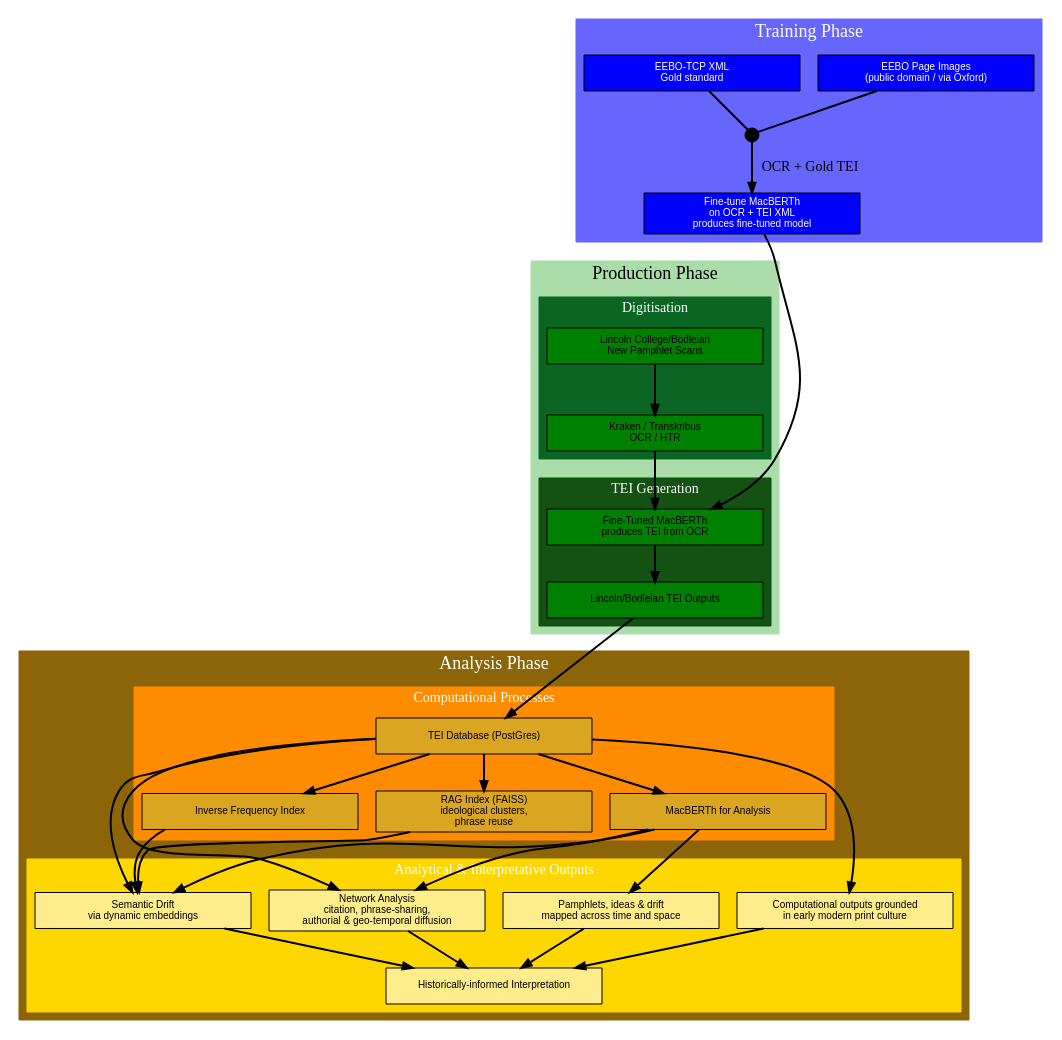
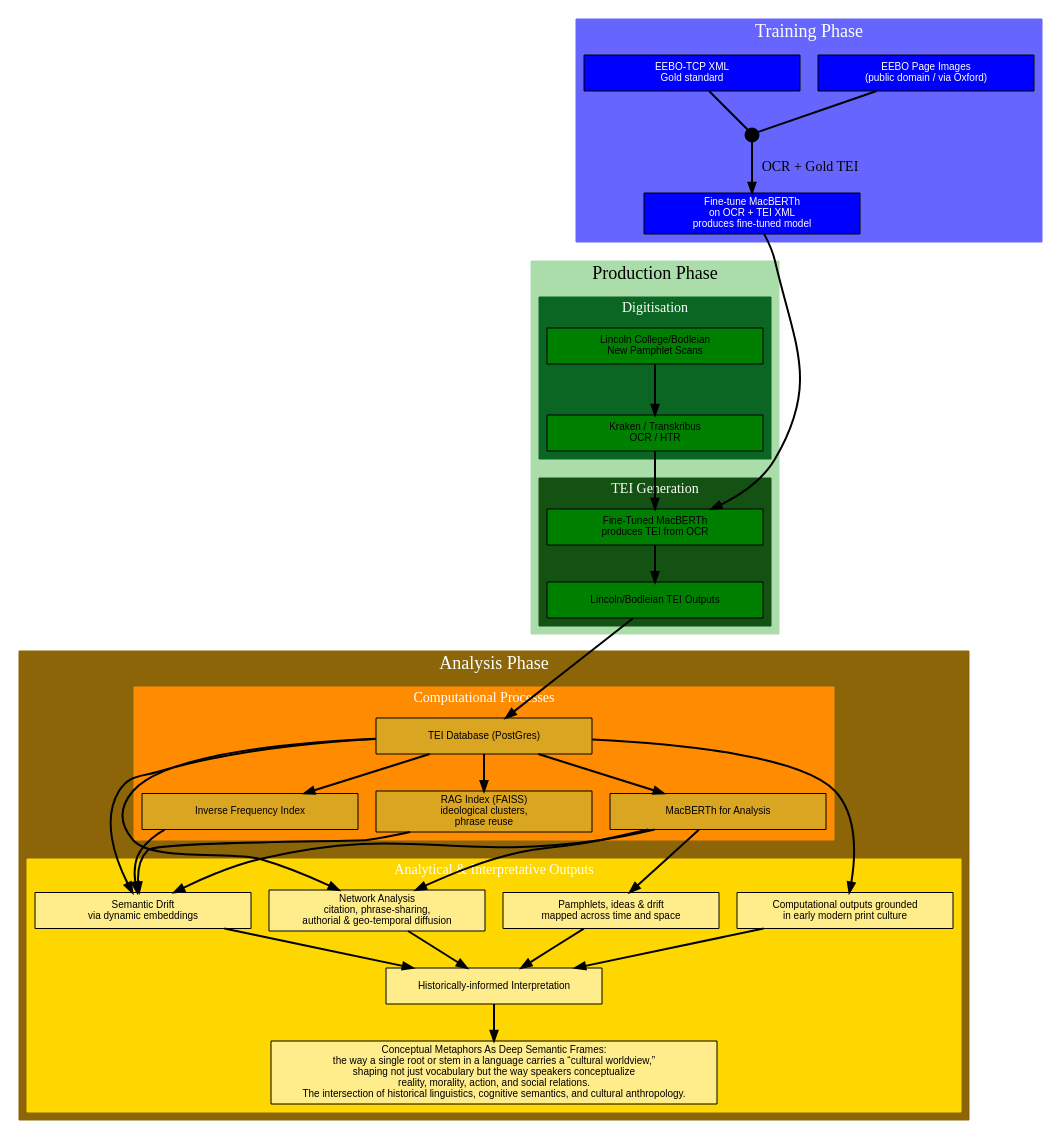
One commit to leegee/mutatis-mutandis changed the diagram in docs/graph.dot. Above: the diagram before and after it, drawn with Graphviz. The commit also changed 3 other files, not shown here.

```diff
--- a/docs/graph.dot
+++ b/docs/graph.dot
@@ -1,145 +1,147 @@
 digraph pamphlet_pipeline {
     rankdir=TB;  // top-to-bottom layout
     node [shape=box, style=rounded, fontname="Helvetica", width=3, fixedsize=false, fontsize=10, labelloc=c, align=center];
 
     // ========================
     // Training phase cluster
     // ========================
     subgraph cluster_training {
         label="Training Phase";
         fontsize=18;
         style=filled;
         color="#6666FF";
         fontcolor=white;
         node [style=filled, fillcolor=blue, fontcolor=white, width=3, fixedsize=false, fontsize=10, labelloc=c, align=center];
 
         EEBO_images [label="EEBO Page Images\n(public domain / via Oxford)"];
         EEBO_TEI_XML [label="EEBO-TCP XML\nGold standard"];
         MacBERTh_training [label="Fine-tune MacBERTh\non OCR + TEI XML\nproduces fine-tuned model"];
 
         // Merge node
         merge_training [label="", shape=circle, width=0.2, fixedsize=true, style=filled, fillcolor=black];
     }
 
     // ========================
     // Production phase cluster
     // ========================
     subgraph cluster_production {
         label="Production Phase";
         fontsize=18;
         style=filled;
         color="#AADDAA";
         fontcolor=black;
 
         // --- Subgraph: Digitisation ---
         subgraph cluster_digitisation {
             label="Digitisation";
             fontsize=14;
             fontcolor=white;
             style=filled;
             color="#0b6623";
             node [style=filled, fillcolor=green, fontcolor=black];
 
             Lincoln_scans [label="Lincoln College/Bodleian\nNew Pamphlet Scans"];
             OCR_tool [label="Kraken / Transkribus\nOCR / HTR"];
         }
 
         // --- Subgraph: TEI Generation ---
         subgraph cluster_tei_generation {
             label="TEI Generation";
             fontsize=14;
             fontcolor=white;
             style=filled;
             color="#145214";
             node [style=filled, fillcolor=green, fontcolor=black];
 
             MacBERTh_TEI [label="Fine-Tuned MacBERTh\nproduces TEI from OCR"];
             Lincoln_TEI [label="Lincoln/Bodleian TEI Outputs"];
         }
     }
 
     // ========================
     // Analysis phase cluster
     // ========================
     subgraph cluster_analysis {
         label="Analysis Phase";
         fontsize=18;
         style=filled;
         color=darkgoldenrod4;
         fontcolor=white;
 
         // --- Computational Processes ---
         subgraph cluster_computation {
             label="Computational Processes";
             fontsize=14;
             style=filled;
             color=darkorange;
             node [style=filled, fillcolor=goldenrod, fontcolor=black];
 
             MacBERTh_analysis [label="MacBERTh for Analysis"];
             DB [label="TEI Database (PostGres)"];
             IFI [label="Inverse Frequency Index"];
             RAG_index [label="RAG Index (FAISS)\nideological clusters,\nphrase reuse"];
         }
 
         // --- Analytical / Interpretative Outputs ---
         subgraph cluster_outputs {
             label="Analytical & Interpretative Outputs";
             fontsize=14;
             style=filled;
             color=gold;
             node [style=filled, fillcolor=lightgoldenrod1, fontcolor=black];
 
             Semantic_drift [label="Semantic Drift\nvia dynamic embeddings"];
             Network_analysis [label="Network Analysis\ncitation, phrase-sharing,\nauthorial & geo-temporal diffusion"];
             Geo_temporal_mapping [label="Pamphlets, ideas & drift\nmapped across time and space"];
             Historical_context [label="Computational outputs grounded\nin early modern print culture"];
             Interpretation [label="Historically-informed Interpretation"];
+            Meta [label="Conceptual Metaphors As Deep Semantic Frames:\nthe way a single root or stem in a language carries a “cultural worldview,”\nshaping not just vocabulary but the way speakers conceptualize\nreality, morality, action, and social relations.\nThe intersection of historical linguistics, cognitive semantics, and cultural anthropology." ]
         }
 
         // --- Edges from computational processes to outputs ---
         MacBERTh_analysis -> Semantic_drift [penwidth=2];
         MacBERTh_analysis -> Network_analysis [penwidth=2];
         DB -> Semantic_drift [penwidth=2];
         DB -> Network_analysis [penwidth=2];
         IFI -> Semantic_drift [penwidth=2];
         RAG_index -> Semantic_drift [penwidth=2];
 
         MacBERTh_analysis -> Geo_temporal_mapping [penwidth=2];
         DB -> Historical_context [penwidth=2];
 
         Semantic_drift -> Interpretation [penwidth=2];
         Network_analysis -> Interpretation [penwidth=2];
         Geo_temporal_mapping -> Interpretation [penwidth=2];
         Historical_context -> Interpretation [penwidth=2];
+        Interpretation -> Meta [penwidth=2];
     }
 
     // ========================
     // Training edges
     // ========================
     EEBO_images -> merge_training  [arrowhead=none, penwidth=2];
     EEBO_TEI_XML -> merge_training  [arrowhead=none, penwidth=2];
     merge_training -> MacBERTh_training [penwidth=2, style=solid, label="OCR + Gold TEI"];
 
     // ========================
     // Production edges
     // ========================
     Lincoln_scans -> OCR_tool [fontcolor=black, penwidth=2];
     OCR_tool -> MacBERTh_TEI [fontcolor=black, penwidth=2];
     MacBERTh_training -> MacBERTh_TEI [label="Fine-tuned model", fontcolor=white, penwidth=2];
     MacBERTh_TEI -> Lincoln_TEI [fontcolor=black, penwidth=2];
 
     // ========================
     // Analysis edges
     // ========================
     Lincoln_TEI -> DB [penwidth=2];
     DB -> MacBERTh_analysis [penwidth=2];
     DB -> RAG_index [penwidth=2];
     DB -> IFI [penwidth=2];
 
     // ========================
     // Invisible edges to enforce vertical order
     // ========================
     MacBERTh_training -> Lincoln_scans [style=invis];
     Lincoln_TEI -> MacBERTh_analysis [style=invis];
 }
```
